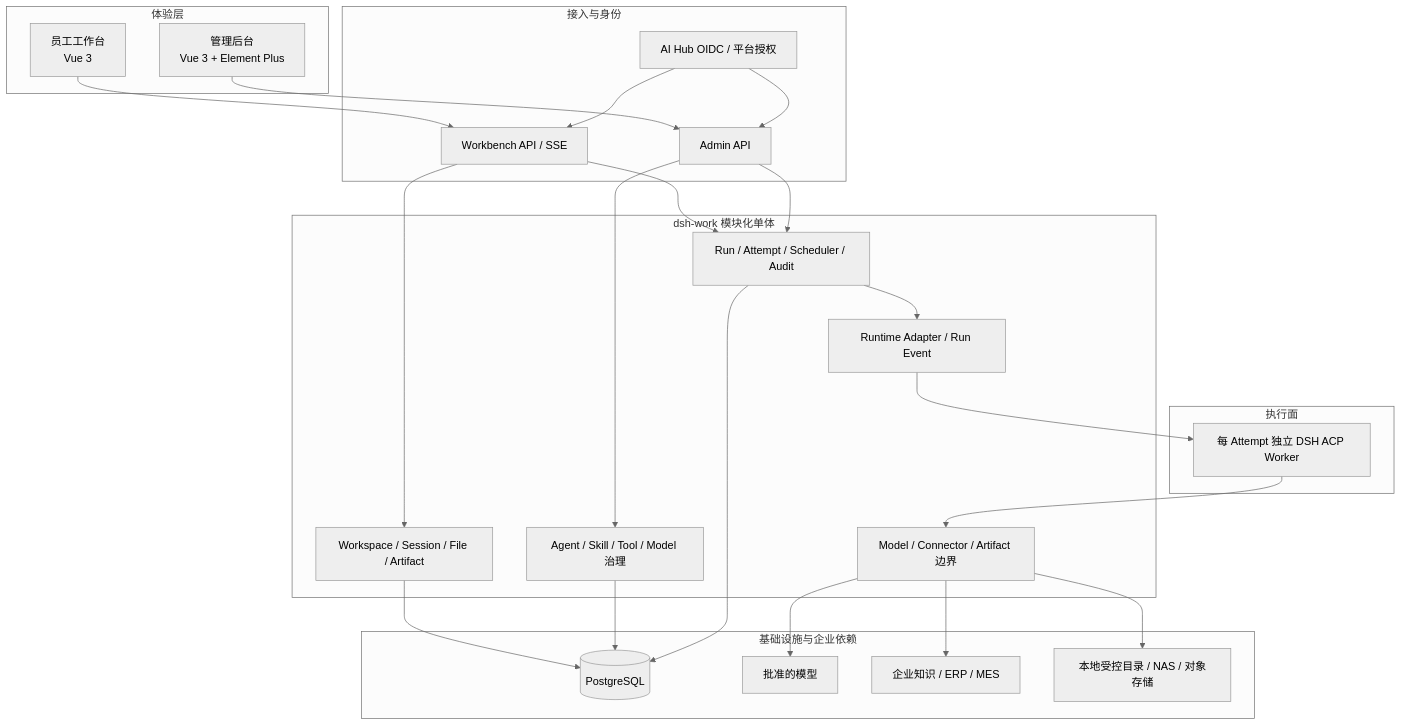
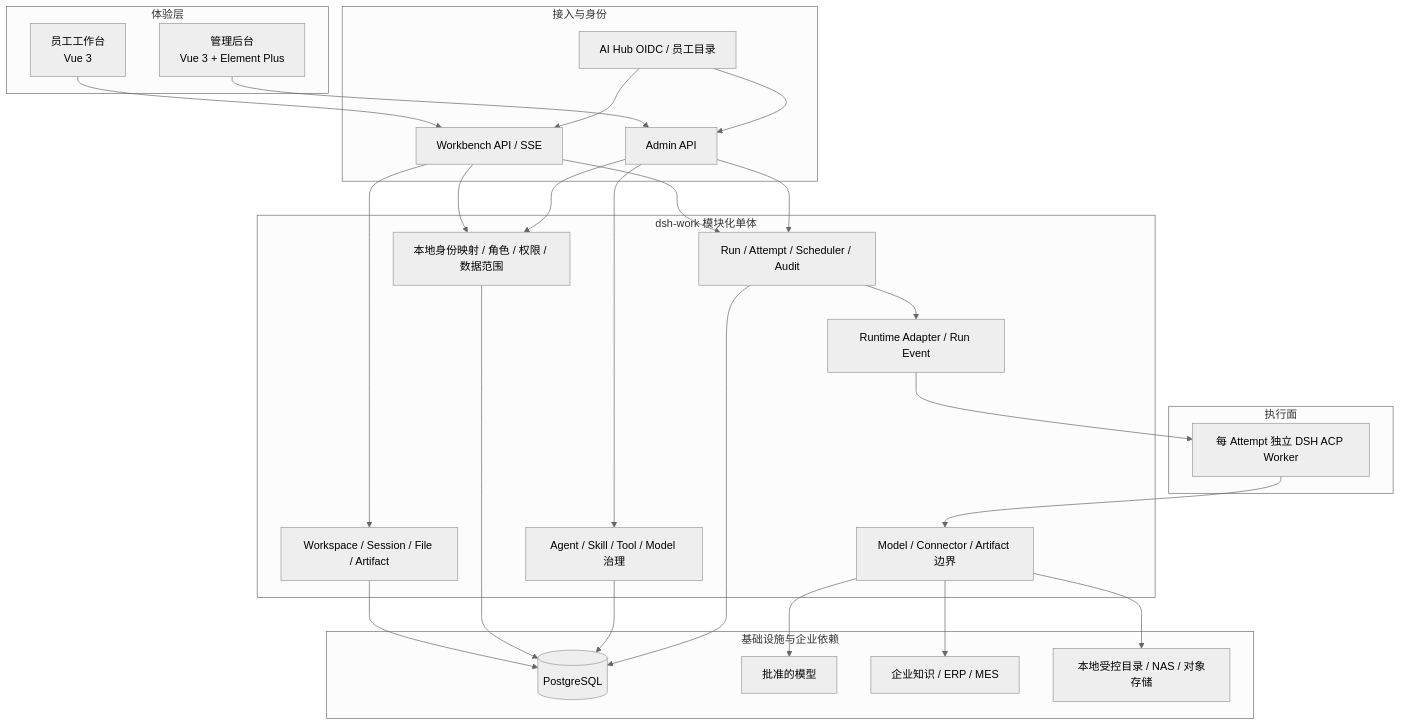
The first of 2 diagrams in docs/architecture/overview.md (tonycc/dsh-work), drawn with Mermaid (neutral theme) before and after one commit. The commit also changed other lines of this file and 52 other files, not shown here.

````diff
--- a/docs/architecture/overview.md
+++ b/docs/architecture/overview.md
@@ -72,50 +72,54 @@
 ```mermaid
 flowchart TB
   subgraph Client[体验层]
     WB[员工工作台<br/>Vue 3]
     Admin[管理后台<br/>Vue 3 + Element Plus]
   end
 
   subgraph Access[接入与身份]
     WAPI[Workbench API / SSE]
     AAPI[Admin API]
-    Auth[AI Hub OIDC / 平台授权]
+    Auth[AI Hub OIDC / 员工目录]
   end
 
   subgraph App[dsh-work 模块化单体]
     Workspace[Workspace / Session / File / Artifact]
+    Authorization[本地身份映射 / 角色 / 权限 / 数据范围]
     Governance[Agent / Skill / Tool / Model 治理]
     Orchestration[Run / Attempt / Scheduler / Audit]
     Runtime[Runtime Adapter / Run Event]
     Gateway[Model / Connector / Artifact 边界]
   end
 
   subgraph Execution[执行面]
     DSH[每 Attempt 独立 DSH ACP Worker]
   end
 
   subgraph Dependencies[基础设施与企业依赖]
     PG[(PostgreSQL)]
     Models[批准的模型]
     Systems[企业知识 / ERP / MES]
     Storage[本地受控目录 / NAS / 对象存储]
   end
 
   WB --> WAPI
   Admin --> AAPI
   Auth --> WAPI
   Auth --> AAPI
+  WAPI --> Authorization
+  AAPI --> Authorization
   WAPI --> Workspace
   WAPI --> Orchestration
   AAPI --> Governance
   AAPI --> Orchestration
   Workspace --> PG
+  Authorization --> PG
   Governance --> PG
   Orchestration --> PG
   Orchestration --> Runtime
   Runtime --> DSH
   DSH --> Gateway
   Gateway --> Models
   Gateway --> Systems
   Gateway --> Storage
 ```
````
